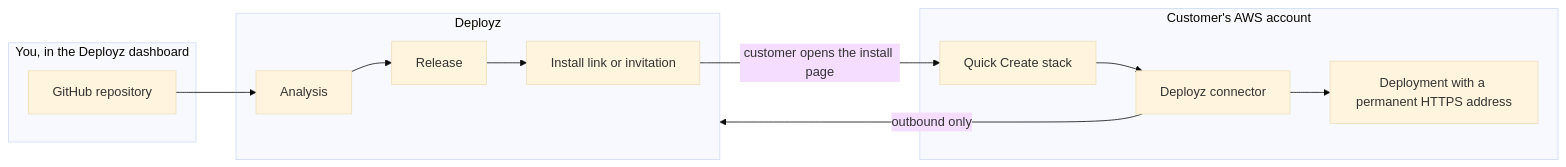
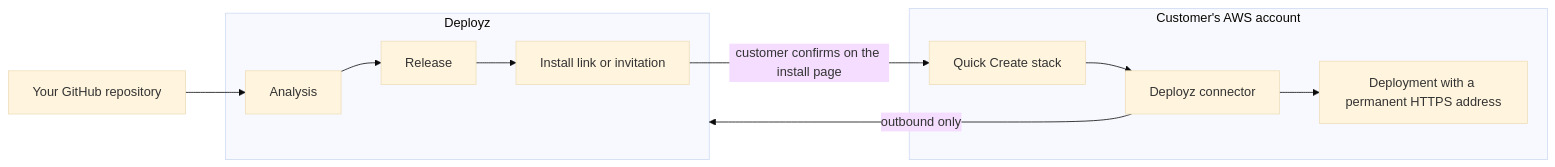
The diagram in how-it-works.mdx (thalia-apps/deployz-docs), drawn with Mermaid (base theme) before and after one commit. The commit also changed other lines of this file and 58 other files, not shown here.

````diff
--- a/how-it-works.mdx
+++ b/how-it-works.mdx
@@ -10,21 +14,19 @@
 ```mermaid
 flowchart LR
-  subgraph vendor["You, in the Deployz dashboard"]
-    repo["GitHub repository"]
-  end
+  repo["Your GitHub repository"]
   subgraph deployz["Deployz"]
     analysis["Analysis"]
     release["Release"]
     link["Install link or invitation"]
   end
   subgraph customer["Customer's AWS account"]
     quick["Quick Create stack"]
     connector["Deployz connector"]
     app["Deployment with a permanent HTTPS address"]
   end
   repo --> analysis --> release --> link
-  link -- "customer opens the install page" --> quick
+  link -- "customer confirms on the install page" --> quick
   quick --> connector
   connector -- "outbound only" --> deployz
   connector --> app
 ```
````
